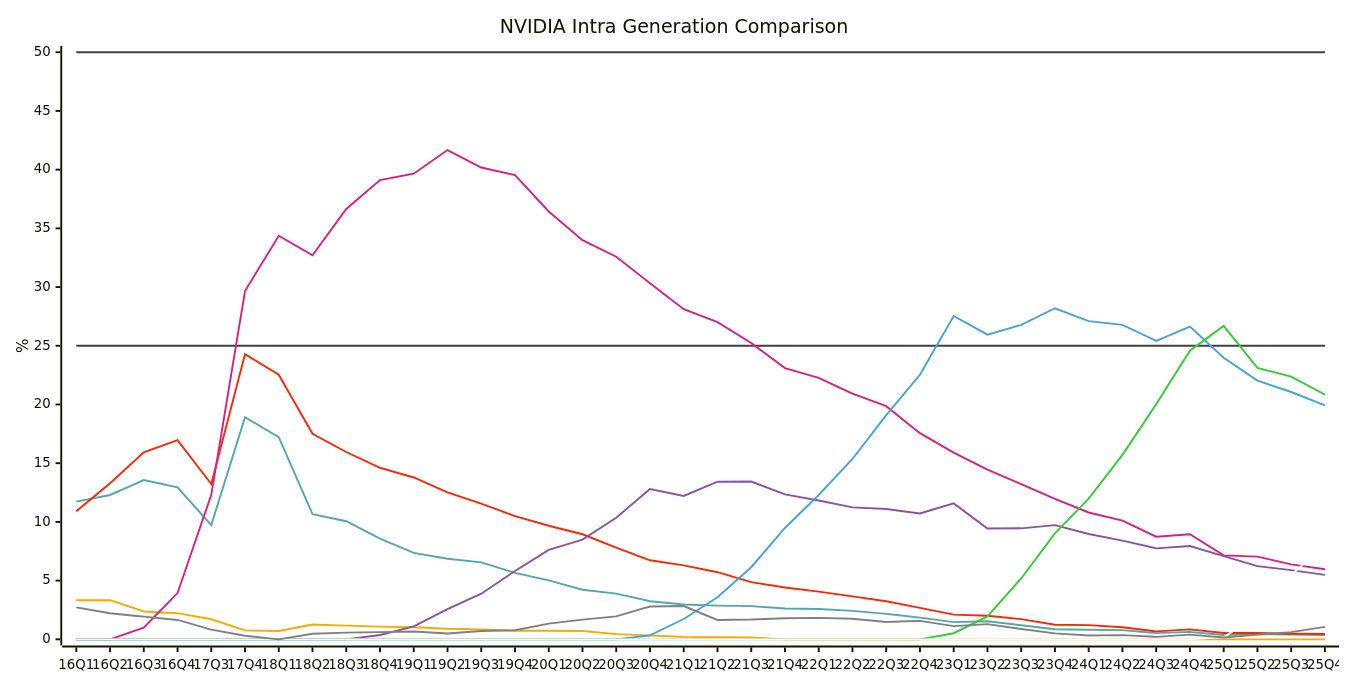
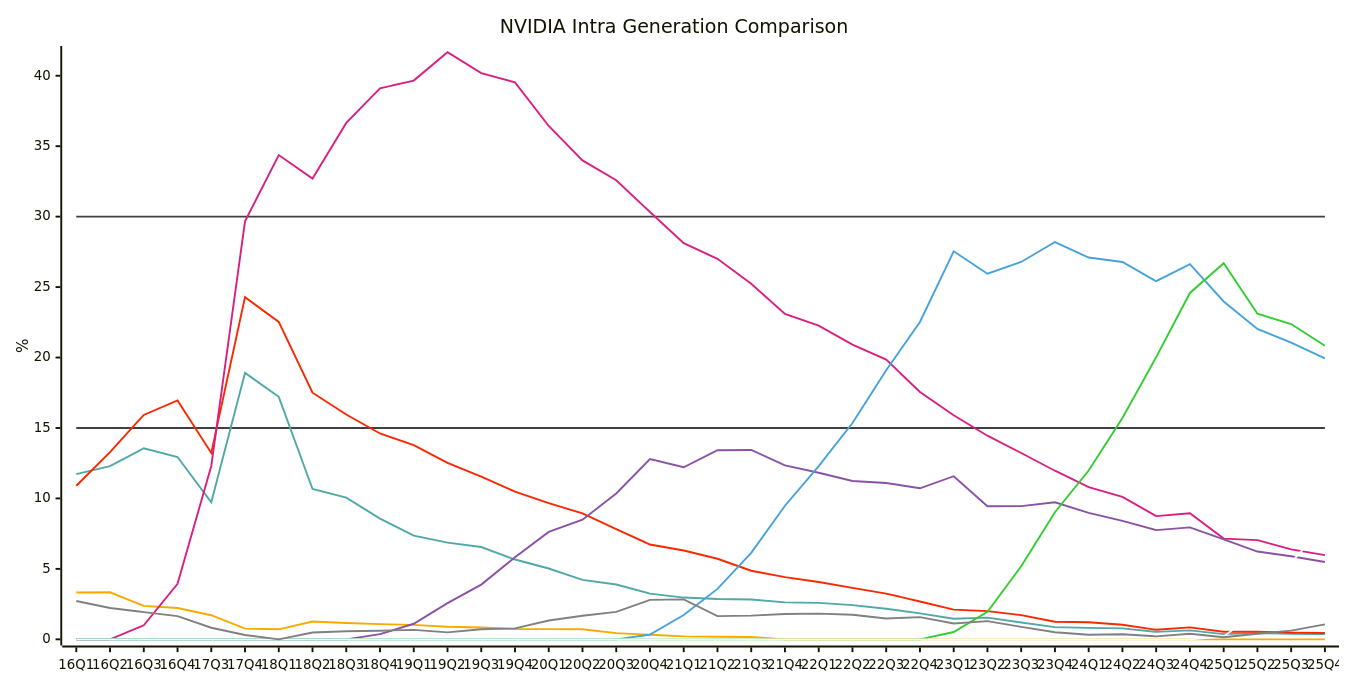
One commit to jdegene/steamHWsurvey changed the second of 30 diagrams in README.md. Above: the diagram before and after it, drawn with Mermaid. The commit also changed 1 other file, not shown here.

Commit message:
minor graph fix

````diff
--- a/README.md
+++ b/README.md
@@ -98,29 +98,29 @@
 ```mermaid
 ---
 config:
     xyChart:
         width: 1400
         height: 700
         
     themeVariables:
         xyChart:
             plotColorPalette: "#404040,#404040,#51a8a6,#f9a900,#f92800,#d92080,#8a52a6,#46a2da,#32CD32,#FFFFFF,#808080"
 
 --- 
 
 xychart-beta
     title "NVIDIA Intra Generation Comparison"
     x-axis [16Q1, 16Q2, 16Q3, 16Q4, 17Q3, 17Q4, 18Q1, 18Q2, 18Q3, 18Q4, 19Q1, 19Q2, 19Q3, 19Q4, 20Q1, 20Q2, 20Q3, 20Q4, 21Q1, 21Q2, 21Q3, 21Q4, 22Q1, 22Q2, 22Q3, 22Q4, 23Q1, 23Q2, 23Q3, 23Q4, 24Q1, 24Q2, 24Q3, 24Q4, 25Q1, 25Q2, 25Q3, 25Q4]
     y-axis "%" 
- line [25, 25, 25, 25, 25, 25, 25, 25, 25, 25, 25, 25, 25, 25, 25, 25, 25, 25, 25, 25, 25, 25, 25, 25, 25, 25, 25, 25, 25, 25, 25, 25, 25, 25, 25, 25, 25, 25]
- line [50, 50, 50, 50, 50, 50, 50, 50, 50, 50, 50, 50, 50, 50, 50, 50, 50, 50, 50, 50, 50, 50, 50, 50, 50, 50, 50, 50, 50, 50, 50, 50, 50, 50, 50, 50, 50, 50]
+ line [15, 15, 15, 15, 15, 15, 15, 15, 15, 15, 15, 15, 15, 15, 15, 15, 15, 15, 15, 15, 15, 15, 15, 15, 15, 15, 15, 15, 15, 15, 15, 15, 15, 15, 15, 15, 15, 15]
+ line [30, 30, 30, 30, 30, 30, 30, 30, 30, 30, 30, 30, 30, 30, 30, 30, 30, 30, 30, 30, 30, 30, 30, 30, 30, 30, 30, 30, 30, 30, 30, 30, 30, 30, 30, 30, 30, 30]
     line [11.73, 12.293333333333333, 13.56, 12.94, 9.725, 18.91, 17.213333333333335, 10.666666666666668, 10.056666666666668, 8.57, 7.359999999999999, 6.866666666666667, 6.553333333333333, 5.663333333333333, 5.026666666666666, 4.22, 3.8899999999999997, 3.2466666666666666, 2.9633333333333334, 2.8666666666666663, 2.8233333333333333, 2.62, 2.5866666666666664, 2.4266666666666667, 2.17, 1.8433333333333333, 1.4633333333333332, 1.5366666666666666, 1.1933333333333331, 0.8633333333333333, 0.8133333333333335, 0.78, 0.5266666666666667, 0.6366666666666666, 0.36666666666666664, 0.44333333333333336, 0.4, 0.36666666666666664]
     line [3.323333333333333, 3.34, 2.375, 2.2266666666666666, 1.71, 0.76, 0.71, 1.26, 1.1633333333333333, 1.0799999999999998, 1.0233333333333332, 0.8966666666666666, 0.8433333333333333, 0.73, 0.7266666666666667, 0.71, 0.44333333333333336, 0.32666666666666666, 0.20666666666666667, 0.18000000000000002, 0.16999999999999998, 0, 0, 0, 0, 0, 0, 0, 0, 0, 0, 0, 0, 0, 0, 0, 0, 0]
     line [10.9, 13.29, 15.925, 16.956666666666667, 13.23, 24.28666666666667, 22.529999999999998, 17.503333333333334, 15.953333333333333, 14.610000000000001, 13.783333333333333, 12.520000000000001, 11.553333333333333, 10.489999999999998, 9.670000000000002, 8.946666666666667, 7.816666666666666, 6.7299999999999995, 6.303333333333333, 5.716666666666667, 4.866666666666667, 4.416666666666667, 4.066666666666666, 3.6533333333333333, 3.2433333333333336, 2.6833333333333336, 2.106666666666667, 2.0033333333333334, 1.7166666666666668, 1.2466666666666668, 1.21, 1.0333333333333332, 0.6766666666666666, 0.8466666666666666, 0.5366666666666666, 0.5466666666666667, 0.4766666666666666, 0.44999999999999996]
     line [0, 0, 0.9950000000000001, 3.936666666666667, 12.305, 29.66333333333333, 34.37333333333333, 32.7, 36.653333333333336, 39.10666666666667, 39.656666666666666, 41.67, 40.18333333333333, 39.53333333333333, 36.43666666666667, 33.989999999999995, 32.583333333333336, 30.330000000000002, 28.12, 27.006666666666668, 25.240000000000002, 23.096666666666664, 22.27, 20.92, 19.853333333333335, 17.56, 15.906666666666666, 14.453333333333331, 13.223333333333331, 11.966666666666665, 10.803333333333333, 10.110000000000001, 8.743333333333332, 8.949999999999998, 7.1499999999999995, 7.04, 6.386666666666667, 5.973333333333334]
     line [0, 0, 0, 0, 0, 0, 0, 0, 0, 0.37, 1.1033333333333333, 2.5700000000000003, 3.883333333333333, 5.823333333333333, 7.62, 8.493333333333334, 10.353333333333332, 12.796666666666667, 12.213333333333333, 13.419999999999998, 13.44, 12.346666666666668, 11.820000000000002, 11.236666666666666, 11.096666666666666, 10.72, 11.576666666666668, 9.443333333333333, 9.453333333333331, 9.726666666666667, 8.973333333333333, 8.406666666666666, 7.75, 7.943333333333334, 7.090000000000001, 6.23, 5.8933333333333335, 5.486666666666666]
     line [0, 0, 0, 0, 0, 0, 0, 0, 0, 0, 0, 0, 0, 0, 0, 0, 0, 0.33499999999999996, 1.73, 3.58, 6.140000000000001, 9.483333333333333, 12.293333333333333, 15.356666666666666, 19.096666666666664, 22.526666666666664, 27.540000000000003, 25.94666666666667, 26.78333333333333, 28.196666666666665, 27.099999999999998, 26.78333333333333, 25.416666666666664, 26.626666666666665, 23.976666666666667, 22.029999999999998, 21.063333333333333, 19.933333333333334]
     line [0, 0, 0, 0, 0, 0, 0, 0, 0, 0, 0, 0, 0, 0, 0, 0, 0, 0, 0, 0, 0, 0, 0, 0, 0, 0, 0.52, 1.95, 5.183333333333334, 9.023333333333333, 11.983333333333334, 15.706666666666665, 20.026666666666667, 24.583333333333336, 26.693333333333335, 23.11, 22.376666666666665, 20.84]
     line [0, 0, 0, 0, 0, 0, 0, 0, 0, 0, 0, 0, 0, 0, 0, 0, 0, 0, 0, 0, 0, 0, 0, 0, 0, 0, 0, 0, 0, 0, 0, 0, 0, 0, 0.19, 2.0233333333333334, 5.463333333333334, 8.09]
     line [2.723333333333333, 2.2233333333333336, 1.9299999999999997, 1.6500000000000001, 0.8199999999999998, 0.31000000000000005, 0, 0.48, 0.5700000000000001, 0.6133333333333334, 0.67, 0.49000000000000005, 0.71, 0.7766666666666667, 1.3333333333333335, 1.6733333333333333, 1.95, 2.796666666666667, 2.833333333333333, 1.6500000000000001, 1.6833333333333336, 1.7933333333333332, 1.8233333333333335, 1.7466666666666668, 1.4766666666666666, 1.5733333333333335, 1.1266666666666667, 1.2933333333333332, 0.8833333333333334, 0.5050000000000001, 0.32666666666666666, 0.35666666666666674, 0.21, 0.4, 0.15, 0.4, 0.6166666666666667, 1.06]
 ``` 
````
